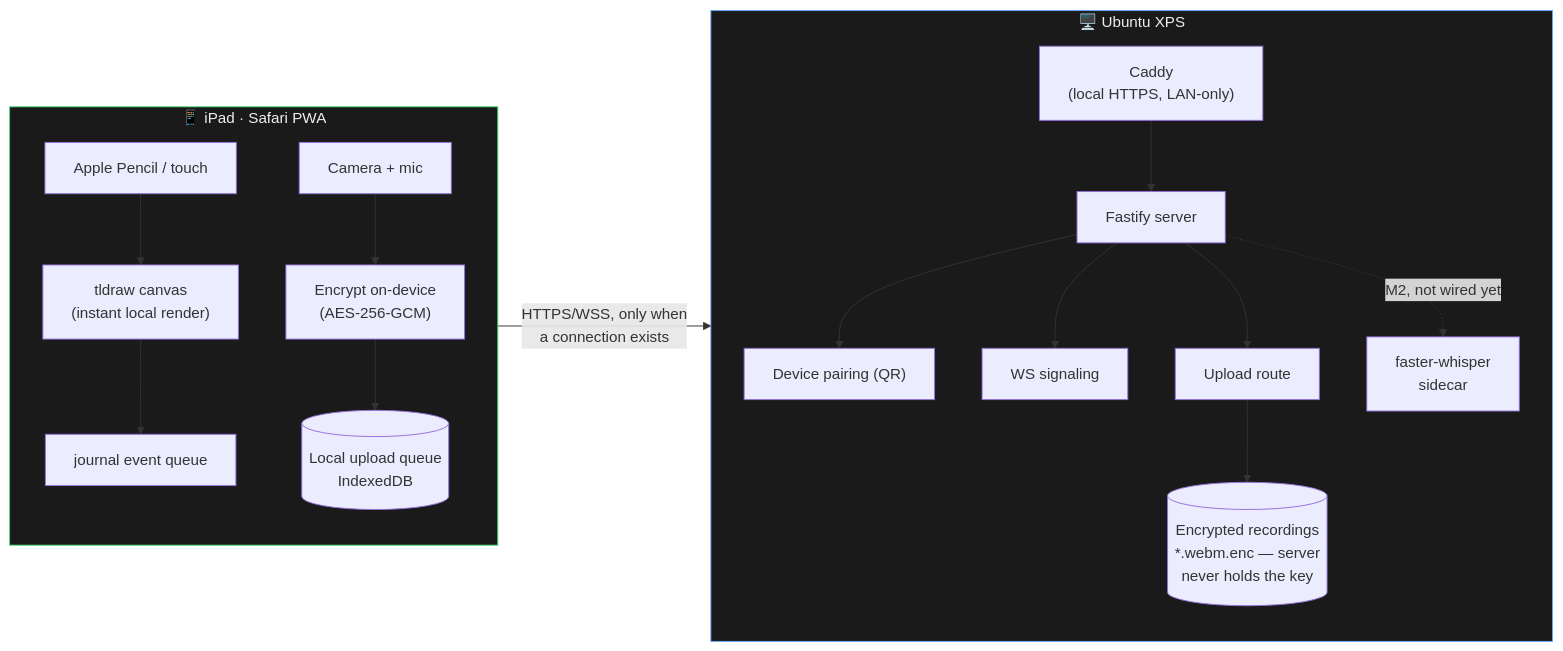
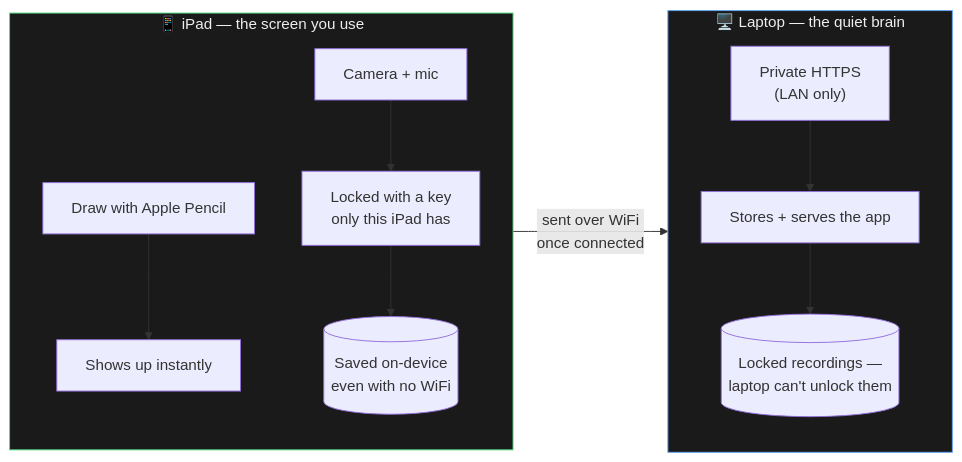
One commit to KevinTrinhDev/inkboard changed the diagram in README.md. Above: the diagram before and after it, drawn with Mermaid. The commit also changed other lines of this file and 12 other files, not shown here.

````diff
--- a/README.md
+++ b/README.md
@@ -55,27 +29,22 @@
 ```mermaid
 flowchart LR
-    subgraph iPad["📱 iPad · Safari PWA"]
+    subgraph iPad["📱 iPad — the screen you use"]
         direction TB
-        pencil["Apple Pencil / touch"] --> canvas["tldraw canvas<br/>(instant local render)"]
-        canvas --> journal["journal event queue"]
-        cam["Camera + mic"] --> capture["Encrypt on-device<br/>(AES-256-GCM)"]
-        capture --> queue[("Local upload queue<br/>IndexedDB")]
+        pencil["Draw with Apple Pencil"] --> canvas["Shows up instantly"]
+        cam["Camera + mic"] --> lock["Locked with a key<br/>only this iPad has"]
+        lock --> queue[("Saved on-device<br/>even with no WiFi")]
     end
 
-    subgraph xps["🖥️ Ubuntu XPS"]
+    subgraph xps["🖥️ Laptop — the quiet brain"]
         direction TB
-        caddy["Caddy<br/>(local HTTPS, LAN-only)"] --> fastify["Fastify server"]
-        fastify --> pairing["Device pairing (QR)"]
-        fastify --> signaling["WS signaling"]
-        fastify --> upload["Upload route"]
-        upload --> disk[("Encrypted recordings<br/>*.webm.enc — server<br/>never holds the key")]
-        fastify -.->|"M2, not wired yet"| whisper["faster-whisper<br/>sidecar"]
+        caddy["Private HTTPS<br/>(LAN only)"] --> server["Stores + serves the app"]
+        server --> disk[("Locked recordings —<br/>laptop can't unlock them")]
     end
 
-    queue -->|"HTTPS/WSS, only when<br/>a connection exists"| caddy
+    queue -->|"sent over WiFi<br/>once connected"| caddy
 
     classDef device fill:#1a1a1a,stroke:#4ade80,color:#eee
     classDef server fill:#1a1a1a,stroke:#60a5fa,color:#eee
     class iPad device
     class xps server
 ```
````
